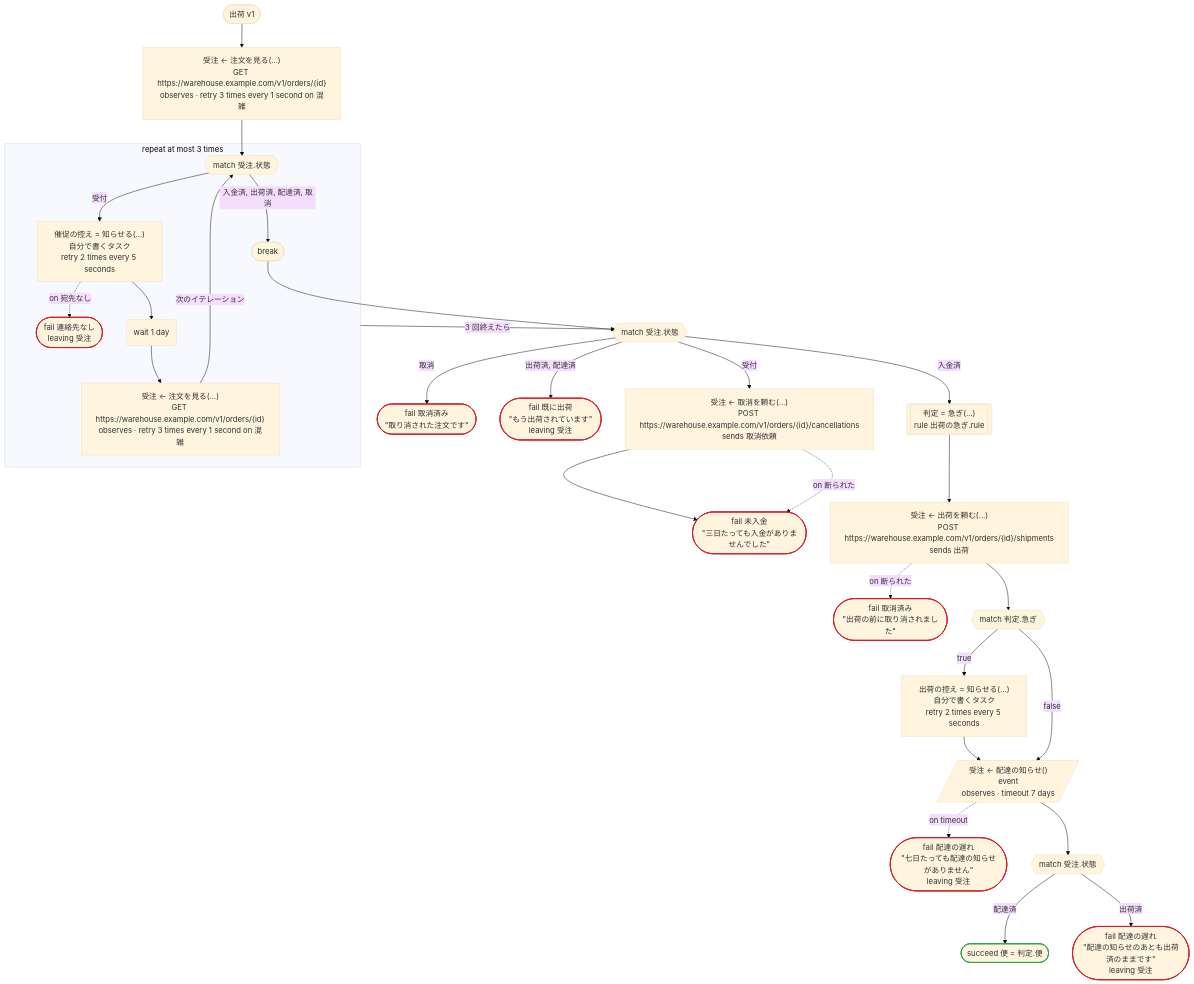
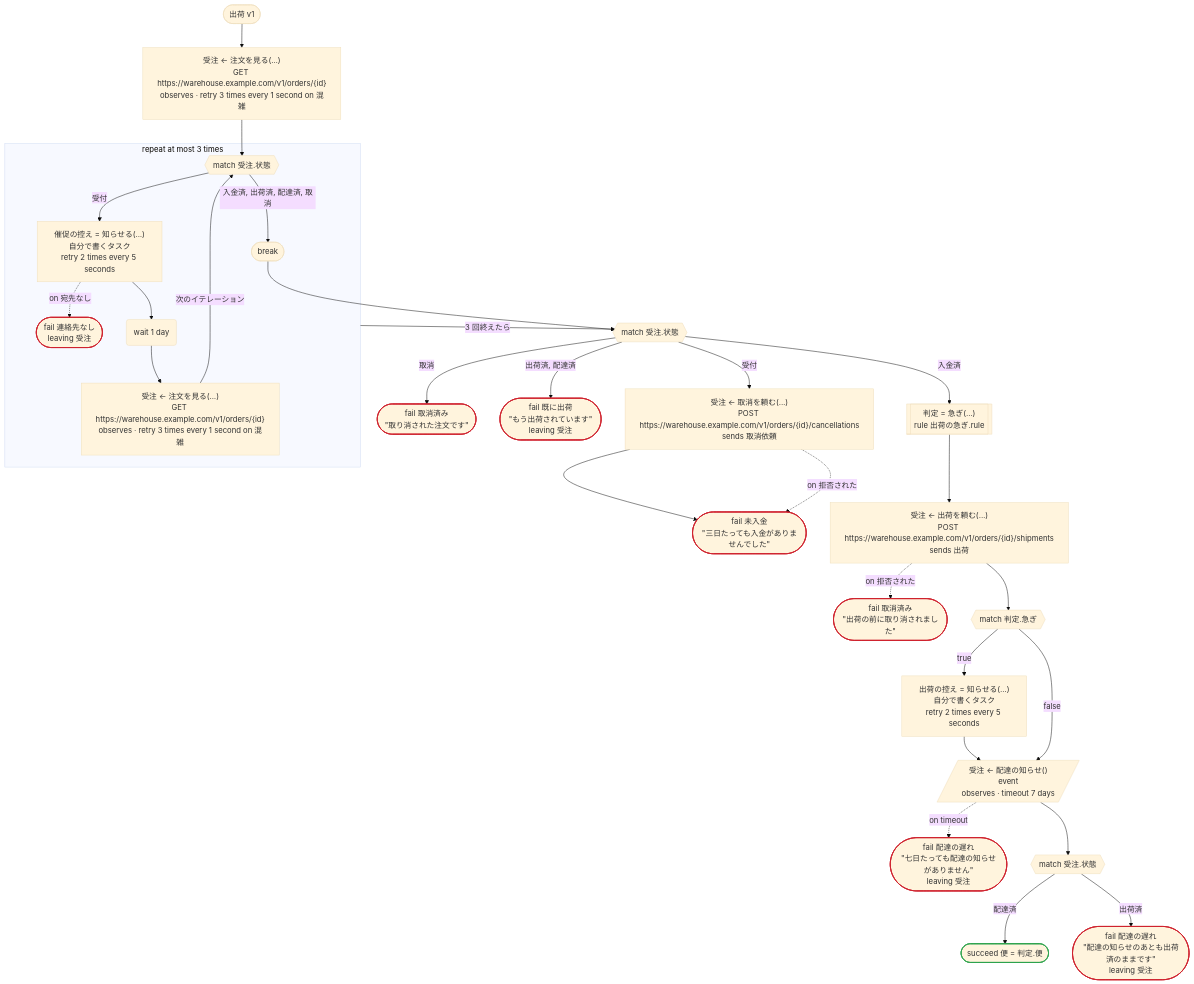
The first of 4 diagrams in crates/dandori/tests/doc/examples-order-temporal-order-ja.ja.md (i2y/ritsu), drawn with Mermaid (base theme) before and after one commit. The commit also changed other lines of this file and 523 other files, not shown here.

````diff
--- a/crates/dandori/tests/doc/examples-order-temporal-order-ja.ja.md
+++ b/crates/dandori/tests/doc/examples-order-temporal-order-ja.ja.md
@@ -9,58 +9,58 @@
 ```mermaid
 flowchart TD
     start(["出荷 v1"])
     s1["受注 ← 注文を見る(…)<br>GET https://warehouse.example.com/v1/orders/{id}<br>observes · retry 3 times every 1 second on 混雑"]
     subgraph L2 ["repeat at most 3 times"]
         s3{{"match 受注.状態"}}
         s4["催促の控え = 知らせる(…)<br>自分で書くタスク<br>retry 2 times every 5 seconds"]
         s5(["fail 連絡先なし<br>leaving 受注"])
         s6("wait 1 day")
         s7["受注 ← 注文を見る(…)<br>GET https://warehouse.example.com/v1/orders/{id}<br>observes · retry 3 times every 1 second on 混雑"]
         s8(["break"])
     end
     s9{{"match 受注.状態"}}
     s10["受注 ← 取消を頼む(…)<br>POST https://warehouse.example.com/v1/orders/{id}/cancellations<br>sends 取消依頼"]
     s12(["fail 未入金<br>#quot;三日たっても入金がありませんでした#quot;"])
     s13(["fail 取消済み<br>#quot;取り消された注文です#quot;"])
     s14(["fail 既に出荷<br>#quot;もう出荷されています#quot;<br>leaving 受注"])
     s16[["判定 = 急ぎ(…)<br>rule 出荷の急ぎ.rule"]]
     s17["受注 ← 出荷を頼む(…)<br>POST https://warehouse.example.com/v1/orders/{id}/shipments<br>sends 出荷"]
     s18(["fail 取消済み<br>#quot;出荷の前に取り消されました#quot;"])
     s19{{"match 判定.急ぎ"}}
     s20["出荷の控え = 知らせる(…)<br>自分で書くタスク<br>retry 2 times every 5 seconds"]
     s22[/"受注 ← 配達の知らせ()<br>event<br>observes · timeout 7 days"/]
     s23(["fail 配達の遅れ<br>#quot;七日たっても配達の知らせがありません#quot;<br>leaving 受注"])
     s24{{"match 受注.状態"}}
     s25(["succeed 便 = 判定.便"])
     s26(["fail 配達の遅れ<br>#quot;配達の知らせのあとも出荷済のままです#quot;<br>leaving 受注"])
     start --> s1
     s1 --> s3
     s3 -->|"受付"| s4
     s4 -.->|"on 宛先なし"| s5
     s4 --> s6
     s6 --> s7
     s3 -->|"入金済, 出荷済, 配達済, 取消"| s8
     s7 -->|"次のイテレーション"| s3
     L2 -->|"3 回終えたら"| s9
     s8 --> s9
     s9 -->|"受付"| s10
     s10 --> s12
-    s10 -.->|"on 断られた"| s12
+    s10 -.->|"on 拒否された"| s12
     s9 -->|"取消"| s13
     s9 -->|"出荷済, 配達済"| s14
     s9 -->|"入金済"| s16
     s16 --> s17
-    s17 -.->|"on 断られた"| s18
+    s17 -.->|"on 拒否された"| s18
     s17 --> s19
     s19 -->|"true"| s20
     s20 --> s22
     s19 -->|"false"| s22
     s22 -.->|"on timeout"| s23
     s22 --> s24
     s24 -->|"配達済"| s25
     s24 -->|"出荷済"| s26
     classDef ok stroke:#2da44e,stroke-width:2px
     classDef bad stroke:#cf222e,stroke-width:2px
     class s25 ok
     class s5,s12,s13,s14,s18,s23,s26 bad
 ```
````
